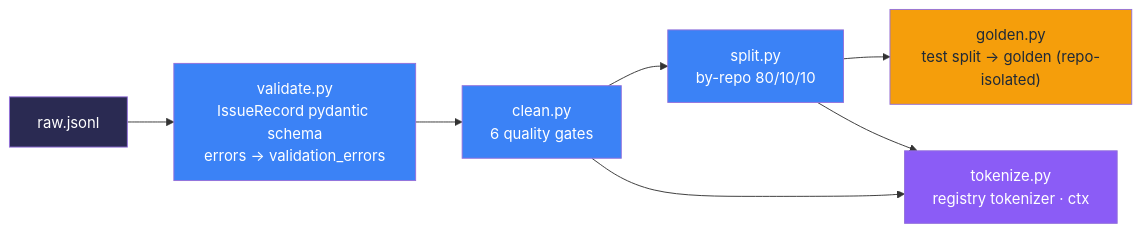
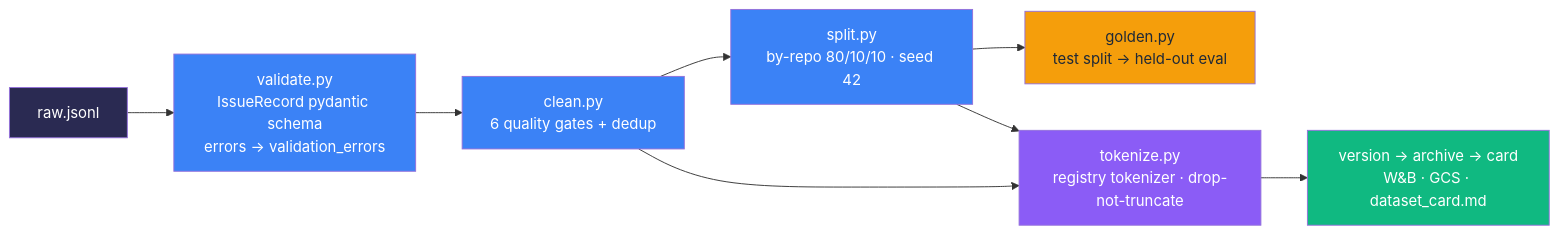
One commit to AhmedIkram05/SWE-Qwen changed the first of 4 diagrams in docs/deep-dives.md. Above: the diagram before and after it, drawn with Mermaid. The commit also changed other lines of this file, not shown here.

````diff
--- a/docs/deep-dives.md
+++ b/docs/deep-dives.md
@@ -53,15 +77,17 @@
 ```mermaid
 flowchart LR
     A["raw.jsonl"] --> B["validate.py<br/>IssueRecord pydantic schema<br/>errors → validation_errors"]
-    B --> C["clean.py<br/>6 quality gates"]
-    C --> D["split.py<br/>by-repo 80/10/10"]
-    D --> E["golden.py<br/>test split → golden (repo-isolated)"]
-    C --> F["tokenize.py<br/>registry tokenizer · ctx"]
+    B --> C["clean.py<br/>6 quality gates + dedup"]
+    C --> D["split.py<br/>by-repo 80/10/10 · seed 42"]
+    D --> E["golden.py<br/>test split → held-out eval"]
+    C --> F["tokenize.py<br/>registry tokenizer · drop-not-truncate"]
     D --> F
+    F --> G["version → archive → card<br/>W&B · GCS · dataset_card.md"]
     style A fill:#2a2a52,color:#fff
     style B fill:#3b82f6,color:#fff
     style C fill:#3b82f6,color:#fff
     style D fill:#3b82f6,color:#fff
     style E fill:#f59e0b,color:#1f2937
     style F fill:#8b5cf6,color:#fff
+    style G fill:#10b981,color:#fff
 ```
````
